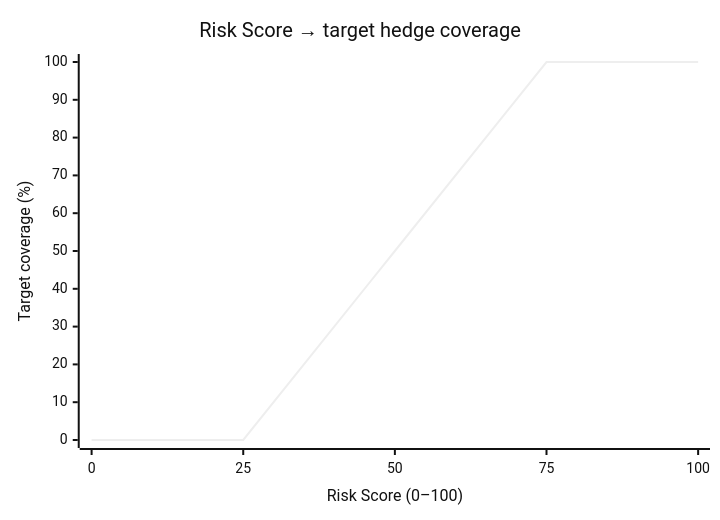
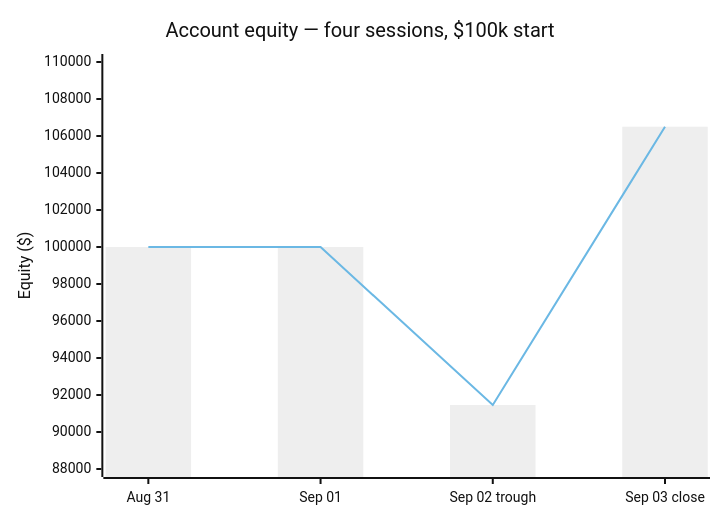
The third of 6 diagrams in README.md (chiragshah2357/Alpaca-Trading-Hackathon-Final), drawn with Mermaid (neutral theme) before and after one commit. The commit also changed other lines of this file and 29 other files, not shown here.

````diff
--- a/README.md
+++ b/README.md
@@ -229,7 +101,8 @@
 ```mermaid
 xychart-beta
-    title "Risk Score → target hedge coverage"
-    x-axis "Risk Score (0–100)" [0, 25, 50, 75, 100]
-    y-axis "Target coverage (%)" 0 --> 100
-    line [0, 0, 50, 100, 100]
+    title "Account equity — four sessions, $100k start"
+    x-axis ["Aug 31", "Sep 01", "Sep 02 trough", "Sep 03 close"]
+    y-axis "Equity ($)" 88000 --> 110000
+    bar [100000, 100000, 91461, 106502]
+    line [100000, 100000, 91461, 106502]
 ```
````
